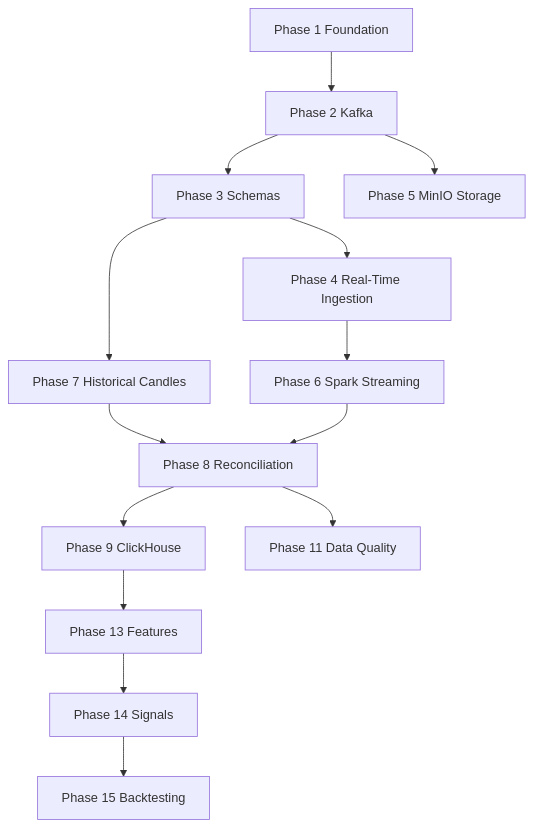
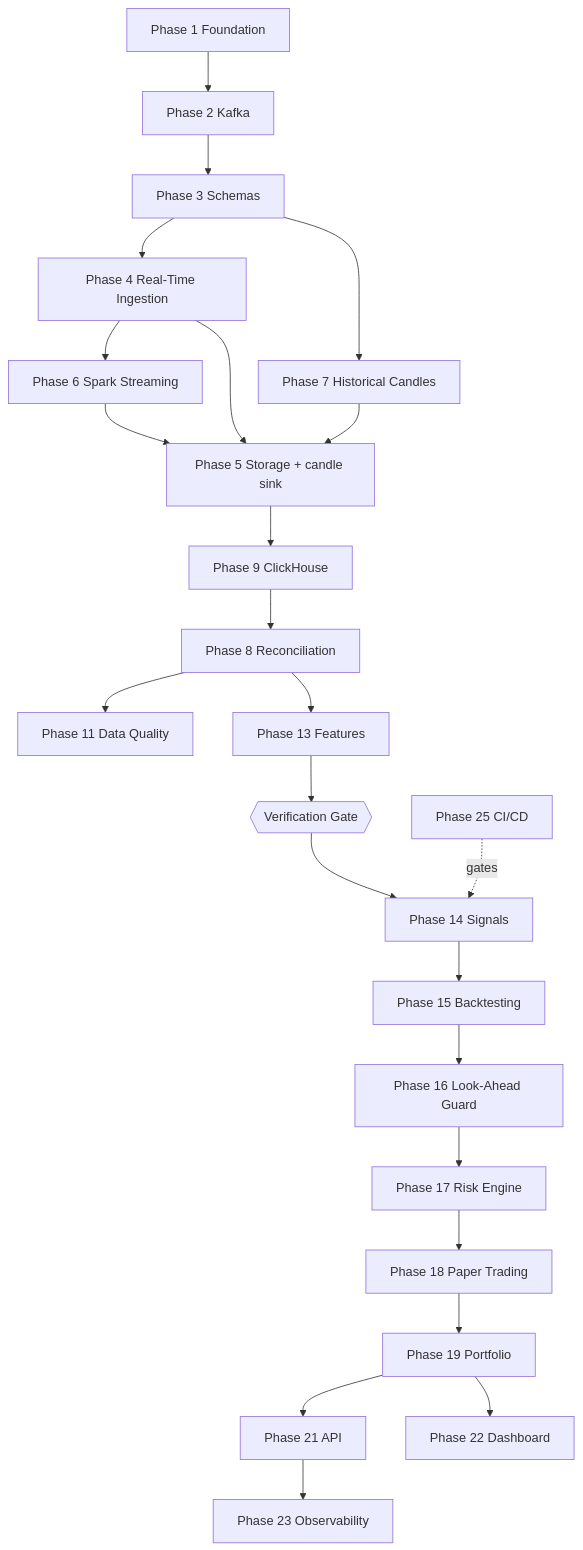
The diagram in context/ROADMAP.md (realvarez/finance_market_data_platform), drawn with Mermaid before and after one commit. The commit also changed other lines of this file and 8 other files, not shown here.

````diff
--- a/context/ROADMAP.md
+++ b/context/ROADMAP.md
@@ -283,16 +445,26 @@
 ```mermaid
 flowchart TD
     P1[Phase 1 Foundation] --> P2[Phase 2 Kafka]
     P2 --> P3[Phase 3 Schemas]
     P3 --> P4[Phase 4 Real-Time Ingestion]
     P3 --> P7[Phase 7 Historical Candles]
     P4 --> P6[Phase 6 Spark Streaming]
-    P7 --> P8[Phase 8 Reconciliation]
-    P6 --> P8
-    P2 --> P5[Phase 5 MinIO Storage]
-    P8 --> P9[Phase 9 ClickHouse]
+    P4 --> P5[Phase 5 Storage + candle sink]
+    P7 --> P5
+    P6 --> P5
+    P5 --> P9[Phase 9 ClickHouse]
+    P9 --> P8[Phase 8 Reconciliation]
     P8 --> P11[Phase 11 Data Quality]
-    P9 --> P13[Phase 13 Features]
-    P13 --> P14[Phase 14 Signals]
+    P8 --> P13[Phase 13 Features]
+    P13 --> GATE{{Verification Gate}}
+    GATE --> P14[Phase 14 Signals]
     P14 --> P15[Phase 15 Backtesting]
+    P15 --> P16[Phase 16 Look-Ahead Guard]
+    P16 --> P17[Phase 17 Risk Engine]
+    P17 --> P18[Phase 18 Paper Trading]
+    P18 --> P19[Phase 19 Portfolio]
+    P19 --> P21[Phase 21 API]
+    P19 --> P22[Phase 22 Dashboard]
+    P21 --> P23[Phase 23 Observability]
+    P25[Phase 25 CI/CD] -. gates .-> P14
 ```
````
